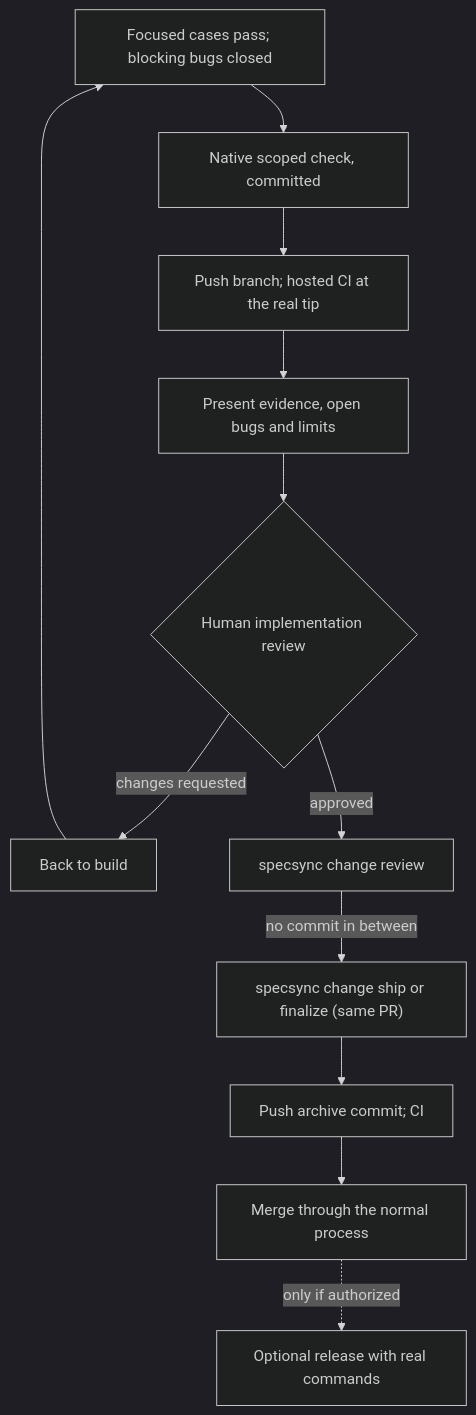
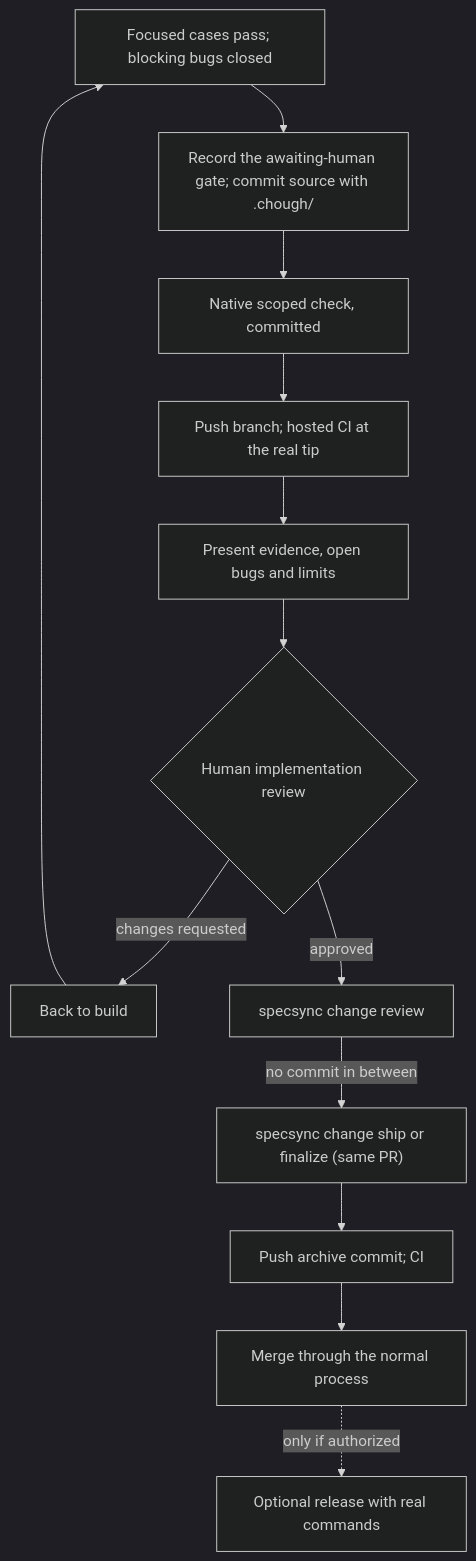
Before and after one commit to CorvidLabs/chough: the diagram in docs/diagrams/lifecycle.mmd, drawn with Mermaid (dark theme). The commit also changed 19 other files, not shown here.

```diff
--- a/docs/diagrams/lifecycle.mmd
+++ b/docs/diagrams/lifecycle.mmd
@@ -1,12 +1,13 @@
 flowchart TB
-    tests["Focused cases pass; blocking bugs closed"] --> check["Native scoped check, committed"]
+    tests["Focused cases pass; blocking bugs closed"] --> gate["Record the awaiting-human gate; commit source with .chough/"]
+    gate --> check["Native scoped check, committed"]
     check --> push["Push branch; hosted CI at the real tip"]
     push --> present["Present evidence, open bugs and limits"]
     present --> human{"Human implementation review"}
     human -->|"changes requested"| build["Back to build"]
     build --> tests
     human -->|"approved"| review["specsync change review"]
     review -->|"no commit in between"| ship["specsync change ship or finalize (same PR)"]
     ship --> archive["Push archive commit; CI"]
     archive --> merge["Merge through the normal process"]
     merge -. "only if authorized" .-> release["Optional release with real commands"]
```
